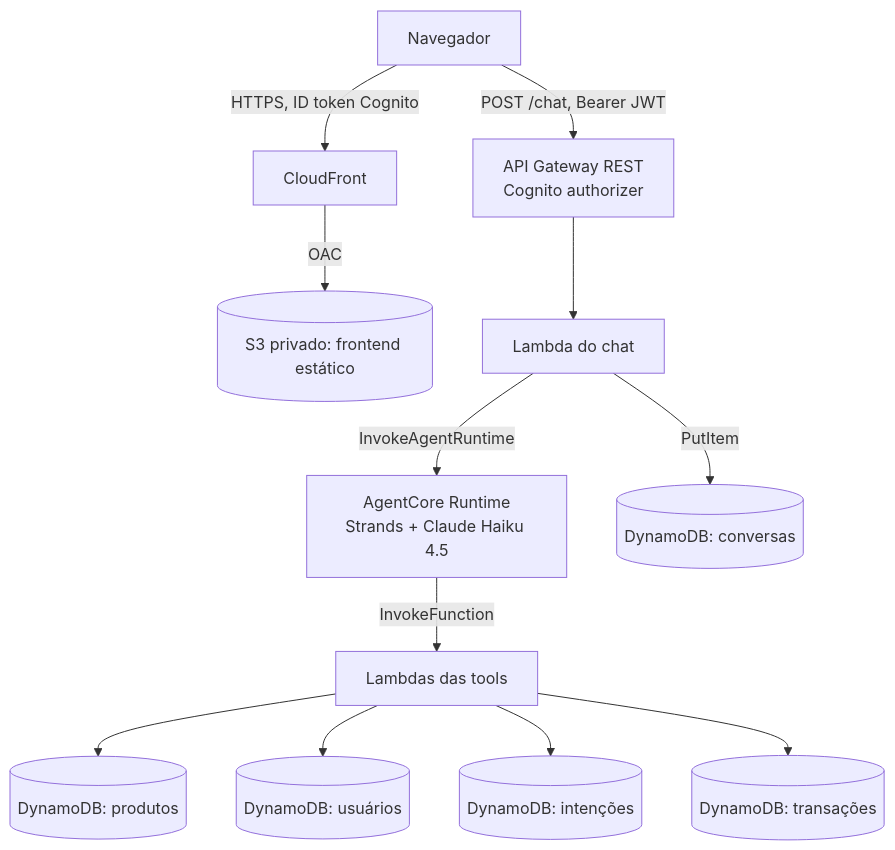
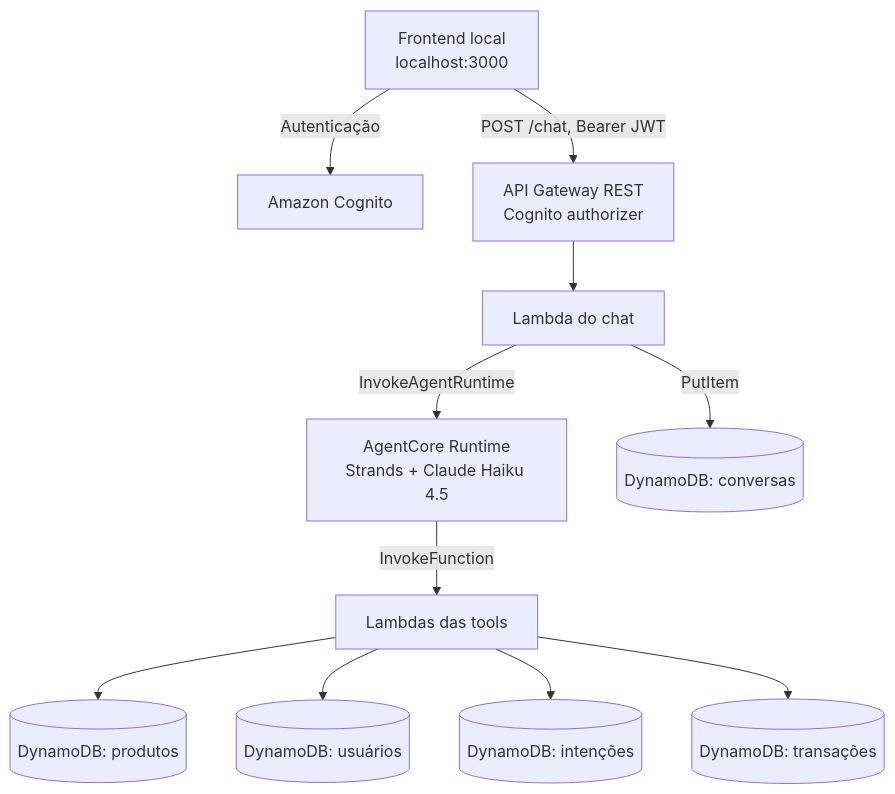
One commit to Nalan27/scholarship-fde-agentic-payments-challenges changed the diagram in Desafio-1/alan-lorenz/README.md. Above: the diagram before and after it, drawn with Mermaid. The commit also changed other lines of this file and 9 other files, not shown here.

````diff
--- a/Desafio-1/alan-lorenz/README.md
+++ b/Desafio-1/alan-lorenz/README.md
@@ -13,14 +59,13 @@
 ```mermaid
 flowchart TD
-  Browser[Navegador] -->|HTTPS, ID token Cognito| CF[CloudFront]
-  CF -->|OAC| S3[(S3 privado: frontend estático)]
+  Browser[Frontend local<br/>localhost:3000] -->|Autenticação| Cognito[Amazon Cognito]
   Browser -->|POST /chat, Bearer JWT| APIGW[API Gateway REST<br/>Cognito authorizer]
   APIGW --> Chat[Lambda do chat]
   Chat -->|InvokeAgentRuntime| Agent[AgentCore Runtime<br/>Strands + Claude Haiku 4.5]
   Chat -->|PutItem| Conv[(DynamoDB: conversas)]
   Agent -->|InvokeFunction| Tools[Lambdas das tools]
   Tools --> Products[(DynamoDB: produtos)]
   Tools --> Users[(DynamoDB: usuários)]
   Tools --> Intentions[(DynamoDB: intenções)]
   Tools --> Transactions[(DynamoDB: transações)]
 ```
````
